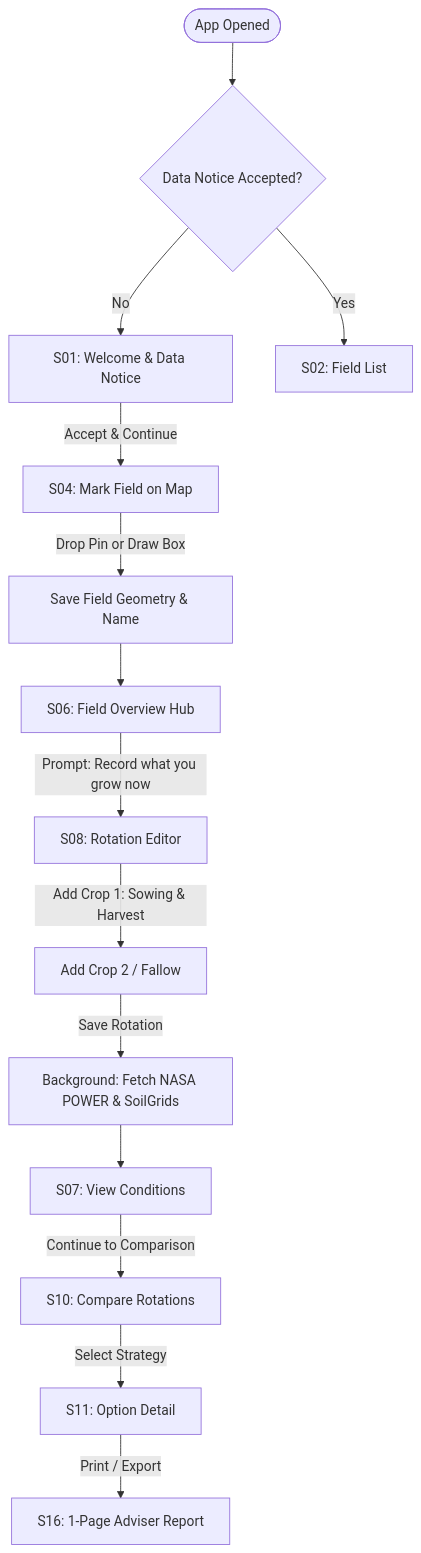
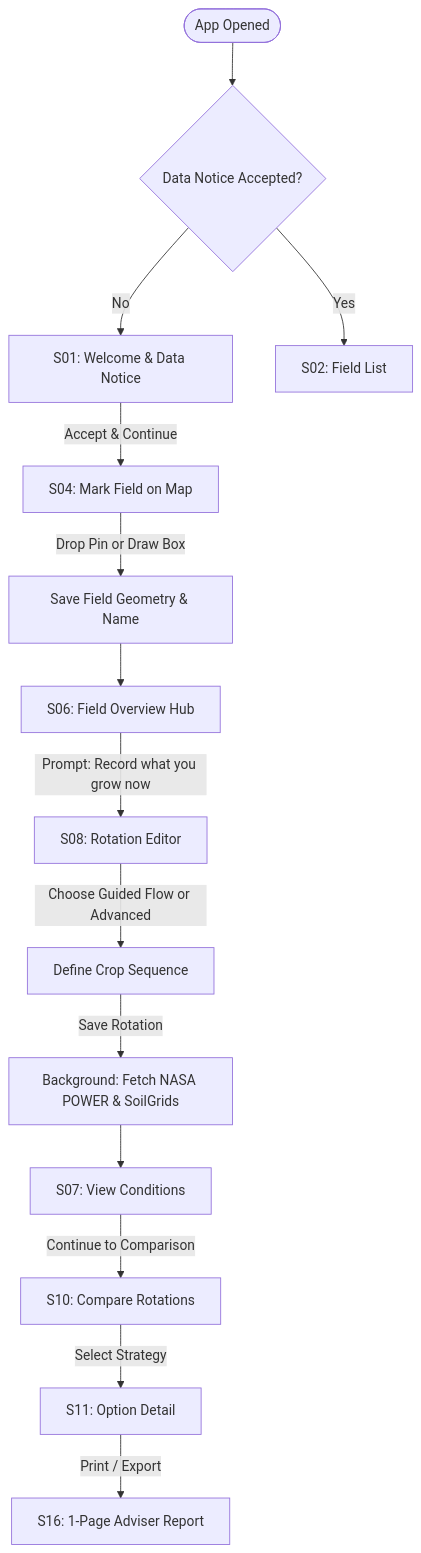
One commit to wintkhantlin/NasaFarmingApp changed the first of 6 diagrams in docs/SCREEN_FLOWS.md. Above: the diagram before and after it, drawn with Mermaid. The commit also changed other lines of this file and 82 other files, not shown here.

````diff
--- a/docs/SCREEN_FLOWS.md
+++ b/docs/SCREEN_FLOWS.md
@@ -94,20 +99,20 @@
 ```mermaid
 flowchart TD
     Start([App Opened]) --> S01{Data Notice Accepted?}
     S01 -- No --> S01_Screen[S01: Welcome & Data Notice]
     S01_Screen -->|Accept & Continue| S04_Screen[S04: Mark Field on Map]
     S01 -- Yes --> S02_Screen[S02: Field List]
 
     S04_Screen -->|Drop Pin or Draw Box| S04_Save[Save Field Geometry & Name]
     S04_Save --> S06_Screen[S06: Field Overview Hub]
     
     S06_Screen -->|Prompt: Record what you grow now| S08_Screen[S08: Rotation Editor]
-    S08_Screen -->|Add Crop 1: Sowing & Harvest| S08_Add[Add Crop 2 / Fallow]
+    S08_Screen -->|Choose Guided Flow or Advanced| S08_Add[Define Crop Sequence]
     S08_Add -->|Save Rotation| S07_Fetch[Background: Fetch NASA POWER & SoilGrids]
     
     S07_Fetch --> S07_Screen[S07: View Conditions]
     S07_Screen -->|Continue to Comparison| S10_Screen[S10: Compare Rotations]
     
     S10_Screen -->|Select Strategy| S11_Screen[S11: Option Detail]
     S11_Screen -->|Print / Export| S16_Screen[S16: 1-Page Adviser Report]
 ```
````
